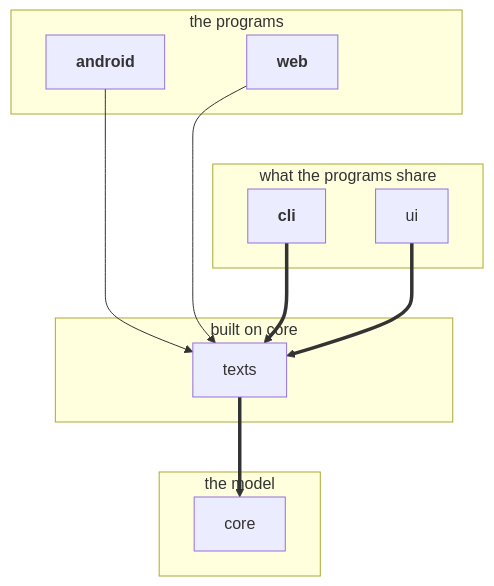
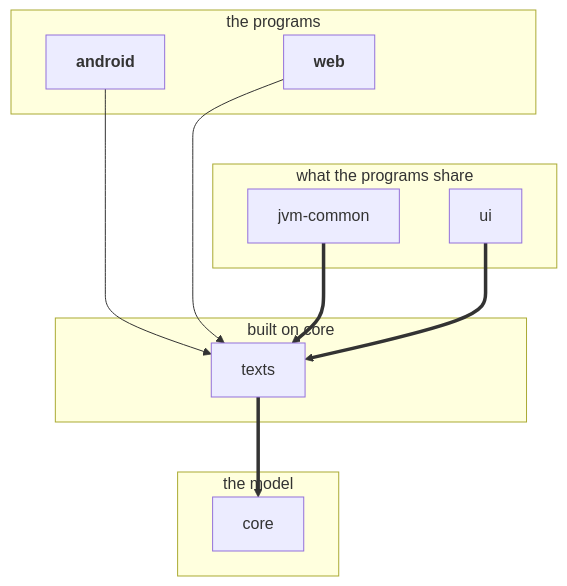
One commit to loplex/sandbox_testing_repo_1 changed the second of 4 diagrams in docs/developing.md. Above: the diagram before and after it, drawn with Mermaid. The commit also changed other lines of this file and 31 other files, not shown here.

First line of the commit message:
build: split what the windows take from cli into jvm-common

````diff
--- a/docs/developing.md
+++ b/docs/developing.md
@@ -139,25 +142,25 @@
 ```mermaid
 graph TD
     subgraph programs [the programs]
         web
         android
     end
     subgraph shared [what the programs share]
         ui
-        cli
+        jvm-common
     end
     subgraph base [built on core]
         texts
     end
     subgraph model [the model]
         core
     end
     android --> texts
     web --> texts
-    cli ==> texts
+    jvm-common ==> texts
     ui ==> texts
     texts ==> core
     programs ~~~ shared
     classDef program font-weight:bold
-    class android,web,cli program
+    class android,web program
 ```
````
